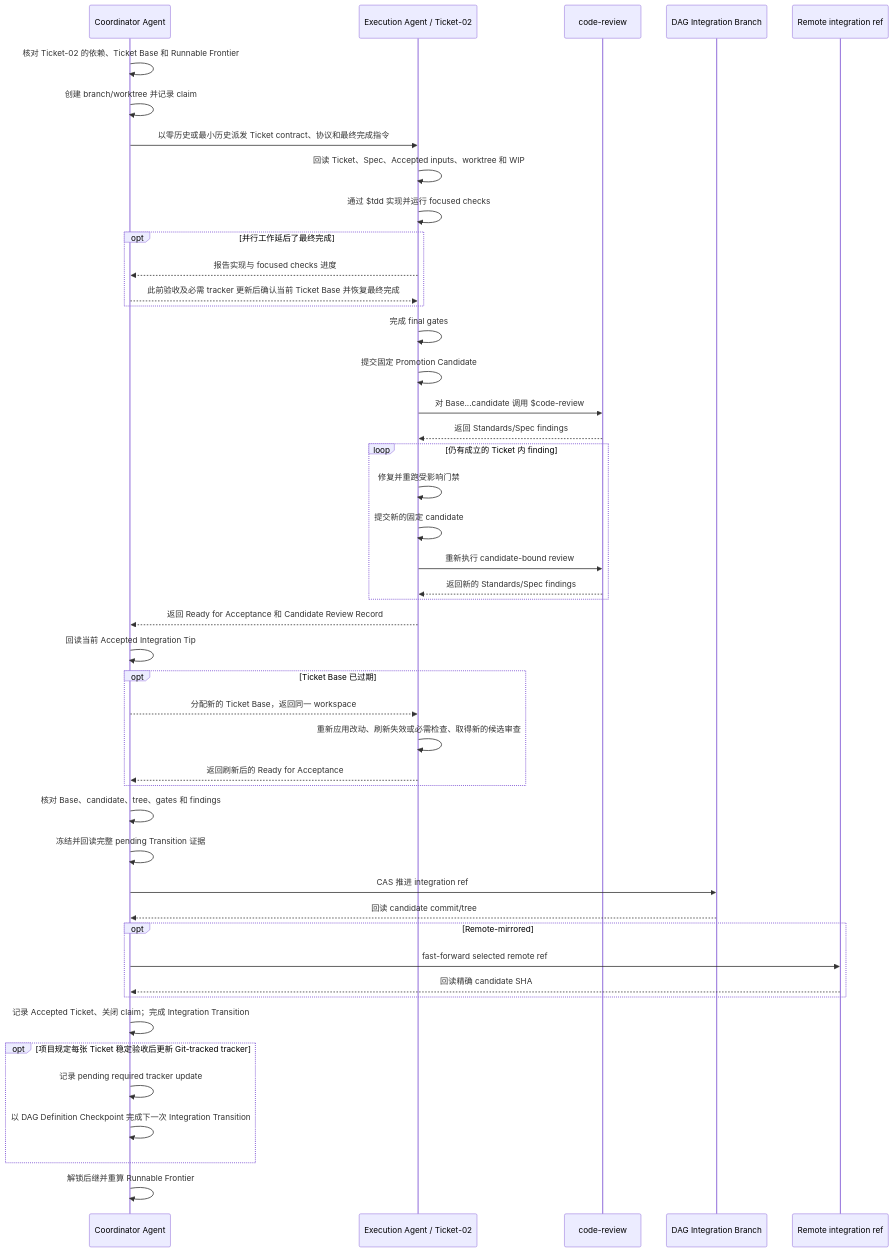
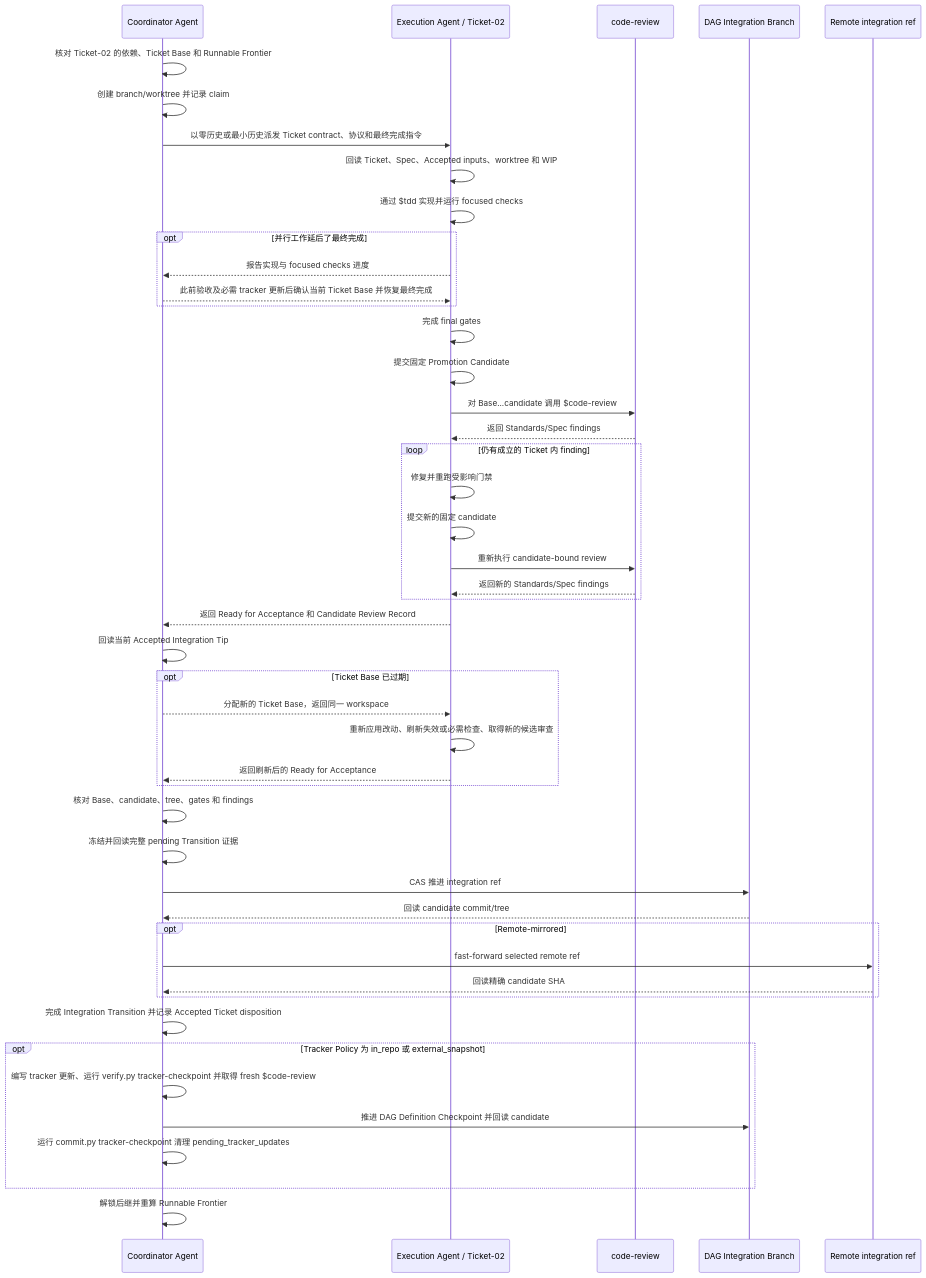
One commit to RedHeartSecretMan/dag-skill changed the diagram in README_ZH.md. Above: the diagram before and after it, drawn with Mermaid. The commit also changed other lines of this file and 69 other files, not shown here.

````diff
--- a/README_ZH.md
+++ b/README_ZH.md
@@ -84,58 +80,59 @@
 ```mermaid
 sequenceDiagram
     participant C as Coordinator Agent
     participant E as Execution Agent / Ticket-02
     participant R as code-review
     participant I as DAG Integration Branch
     participant M as Remote integration ref
 
     C->>C: 核对 Ticket-02 的依赖、Ticket Base 和 Runnable Frontier
     C->>C: 创建 branch/worktree 并记录 claim
     C->>E: 以零历史或最小历史派发 Ticket contract、协议和最终完成指令
 
     E->>E: 回读 Ticket、Spec、Accepted inputs、worktree 和 WIP
     E->>E: 通过 $tdd 实现并运行 focused checks
     opt 并行工作延后了最终完成
         E-->>C: 报告实现与 focused checks 进度
         C-->>E: 此前验收及必需 tracker 更新后确认当前 Ticket Base 并恢复最终完成
     end
     E->>E: 完成 final gates
     E->>E: 提交固定 Promotion Candidate
     E->>R: 对 Base...candidate 调用 $code-review
     R-->>E: 返回 Standards/Spec findings
 
     loop 仍有成立的 Ticket 内 finding
         E->>E: 修复并重跑受影响门禁
         E->>E: 提交新的固定 candidate
         E->>R: 重新执行 candidate-bound review
         R-->>E: 返回新的 Standards/Spec findings
     end
 
     E-->>C: 返回 Ready for Acceptance 和 Candidate Review Record
     C->>C: 回读当前 Accepted Integration Tip
 
     opt Ticket Base 已过期
         C-->>E: 分配新的 Ticket Base，返回同一 workspace
         E->>E: 重新应用改动、刷新失效或必需检查、取得新的候选审查
         E-->>C: 返回刷新后的 Ready for Acceptance
     end
 
     C->>C: 核对 Base、candidate、tree、gates 和 findings
     C->>C: 冻结并回读完整 pending Transition 证据
     C->>I: CAS 推进 integration ref
     I-->>C: 回读 candidate commit/tree
 
     opt Remote-mirrored
         C->>M: fast-forward selected remote ref
         M-->>C: 回读精确 candidate SHA
     end
 
-    C->>C: 记录 Accepted Ticket、关闭 claim；完成 Integration Transition
+    C->>C: 完成 Integration Transition 并记录 Accepted Ticket disposition
 
-    opt 项目规定每张 Ticket 稳定验收后更新 Git-tracked tracker
-        C->>C: 记录 pending required tracker update
-        C->>C: 以 DAG Definition Checkpoint 完成下一次 Integration Transition
+    opt Tracker Policy 为 in_repo 或 external_snapshot
+        C->>C: 编写 tracker 更新、运行 verify.py tracker-checkpoint 并取得 fresh $code-review
+        C->>I: 推进 DAG Definition Checkpoint 并回读 candidate
+        C->>C: 运行 commit.py tracker-checkpoint 清理 pending_tracker_updates
     end
 
     C->>C: 解锁后继并重算 Runnable Frontier
 ```
````
